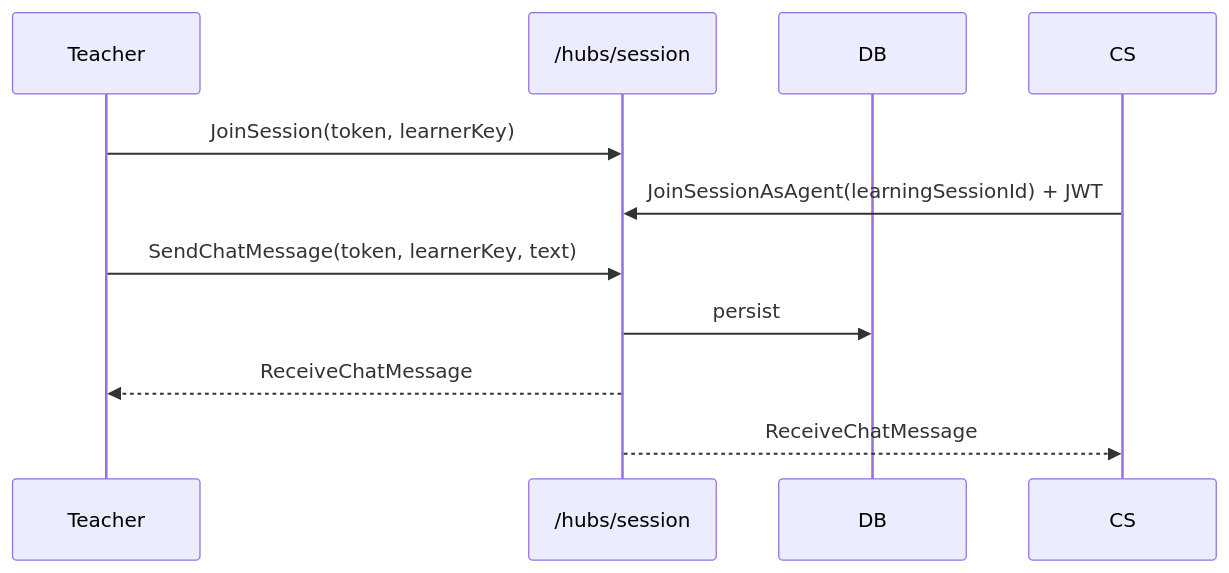
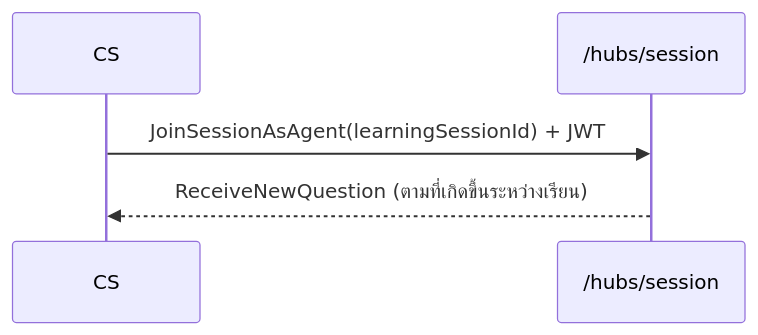
One commit to Sathaporn24/sb_supportroom changed the fifth of 5 diagrams in frontend/docs/SEQUENCE_DIAGRAMS.md. Above: the diagram before and after it, drawn with Mermaid. The commit also changed other lines of this file and 183 other files, not shown here.

````diff
--- a/frontend/docs/SEQUENCE_DIAGRAMS.md
+++ b/frontend/docs/SEQUENCE_DIAGRAMS.md
@@ -114,13 +124,7 @@
 ```mermaid
 sequenceDiagram
-    participant Teacher
+    participant CS
     participant Hub as /hubs/session
-    participant DB
-    participant CS
-    Teacher->>Hub: JoinSession(token, learnerKey)
     CS->>Hub: JoinSessionAsAgent(learningSessionId) + JWT
-    Teacher->>Hub: SendChatMessage(token, learnerKey, text)
-    Hub->>DB: persist
-    Hub-->>Teacher: ReceiveChatMessage
-    Hub-->>CS: ReceiveChatMessage
+    Hub-->>CS: ReceiveNewQuestion (ตามที่เกิดขึ้นระหว่างเรียน)
 ```
````
